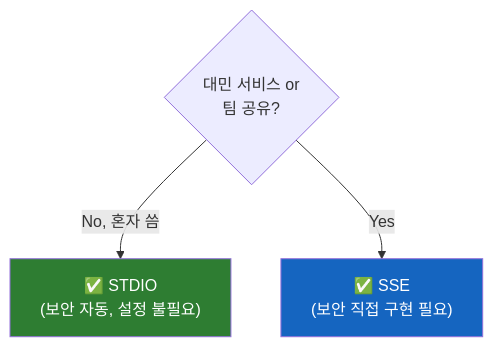
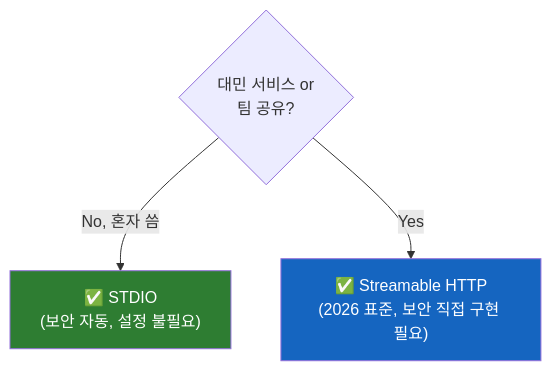
Before and after one commit to sskim91/TIL: the tenth of 11 diagrams in ai/MCP의-STDIO-Transport-이해하기.md, drawn with Mermaid. The commit also changed other lines of this file and 36 other files, not shown here.

````diff
--- a/ai/MCP의-STDIO-Transport-이해하기.md
+++ b/ai/MCP의-STDIO-Transport-이해하기.md
@@ -359,13 +362,13 @@
 ```mermaid
 flowchart TB
     Q1{"대민 서비스 or<br>팀 공유?"}
 
     STDIO["✅ STDIO<br>(보안 자동, 설정 불필요)"]
-    SSE["✅ SSE<br>(보안 직접 구현 필요)"]
+    SHTTP["✅ Streamable HTTP<br>(2026 표준, 보안 직접 구현 필요)"]
 
     Q1 -->|"No, 혼자 씀"| STDIO
-    Q1 -->|"Yes"| SSE
+    Q1 -->|"Yes"| SHTTP
 
     style STDIO fill:#2E7D32,color:#fff
-    style SSE fill:#1565C0,color:#fff
+    style SHTTP fill:#1565C0,color:#fff
 ```
````
